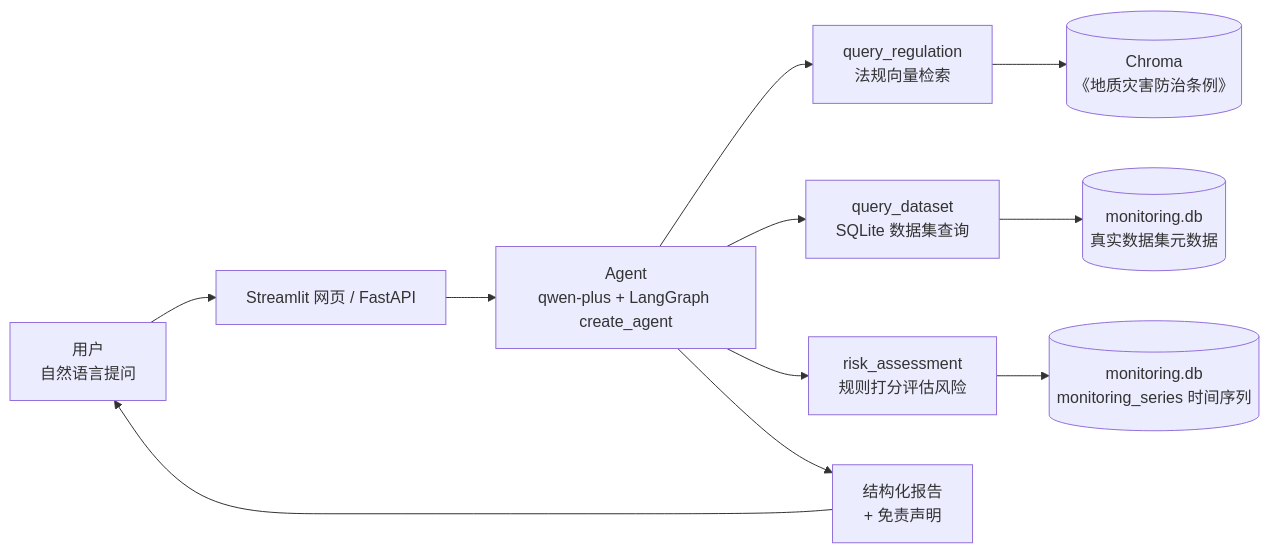
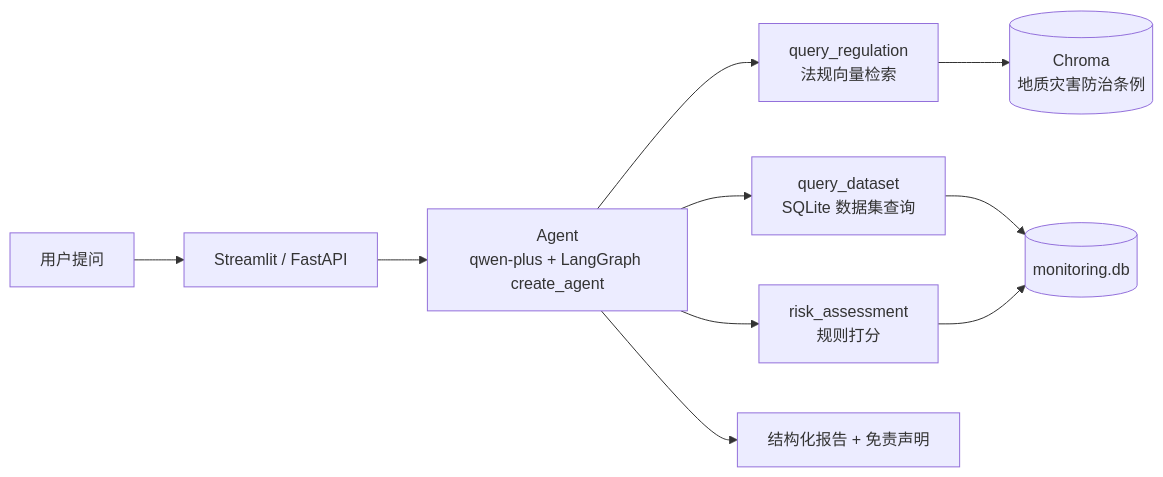
The second of 2 diagrams in README.md (Emanonzzh/study), drawn with Mermaid before and after one commit. The commit also changed other lines of this file and 1 other file, not shown here.

````diff
--- a/README.md
+++ b/README.md
@@ -26,16 +106,12 @@
 ```mermaid
 flowchart LR
-    U[用户<br/>自然语言提问] --> W[Streamlit 网页 / FastAPI]
+    U[用户提问] --> W[Streamlit / FastAPI]
     W --> A[Agent<br/>qwen-plus + LangGraph create_agent]
-
     A --> T1[query_regulation<br/>法规向量检索]
     A --> T2[query_dataset<br/>SQLite 数据集查询]
-    A --> T3[risk_assessment<br/>规则打分评估风险]
-
-    T1 --> KB[(Chroma<br/>《地质灾害防治条例》)]
-    T2 --> DB[(monitoring.db<br/>真实数据集元数据)]
-    T3 --> DB2[(monitoring.db<br/>monitoring_series 时间序列)]
-
-    A --> R[结构化报告<br/>+ 免责声明]
-    R --> U
+    A --> T3[risk_assessment<br/>规则打分]
+    T1 --> KB[(Chroma<br/>地质灾害防治条例)]
+    T2 --> DB[(monitoring.db)]
+    T3 --> DB
+    A --> R[结构化报告 + 免责声明]
 ```
````
